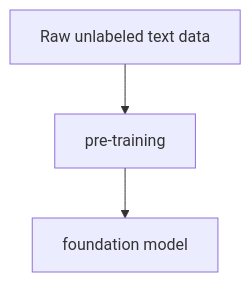
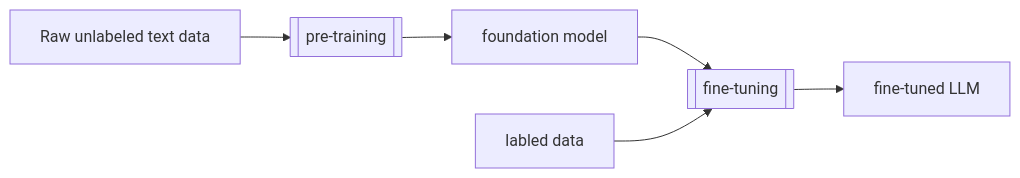
The diagram in posts/LLM-gentle-intro/index.qmd (NimaSarajpoor/DataExplorer), drawn with Mermaid before and after one commit. The commit also changed other lines of this file and 6 other files, not shown here.

````diff
--- a/posts/LLM-gentle-intro/index.qmd
+++ b/posts/LLM-gentle-intro/index.qmd
@@ -45,5 +43,8 @@
-```mermaid
-flowchart TD
-    A[Raw unlabeled text data] --> B[pre-training]
+```{mermaid}
+flowchart LR
+    A[Raw unlabeled text data] --> B[[pre-training]]
     B --> C[foundation model]
+    C --> E[[fine-tuning]]
+    D[labled data] --> E
+    E --> F[fine-tuned LLM]
 ```
````
